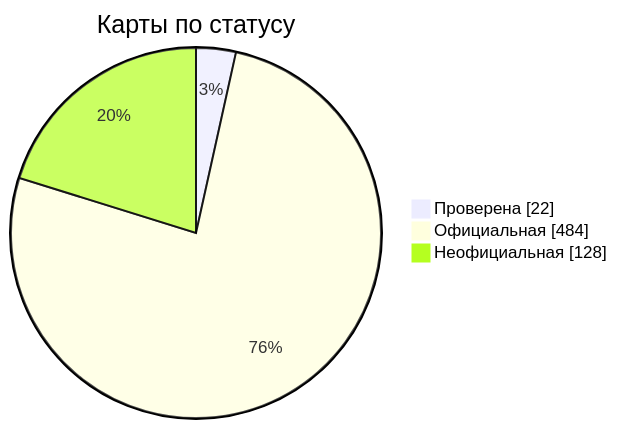
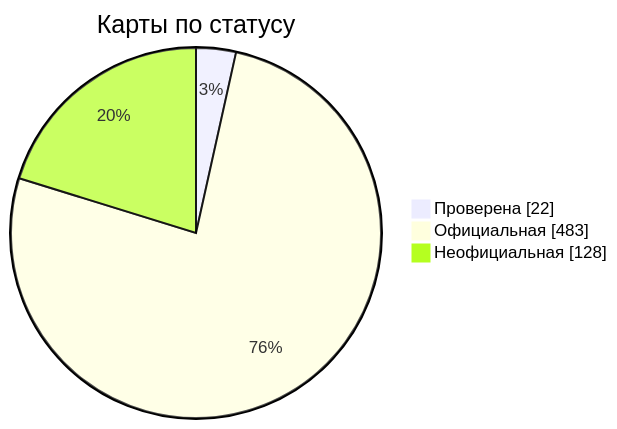
The diagram in docs/readme/README_RU.md (nobrega8/mbmap-library), drawn with Mermaid before and after one commit. The commit also changed 7 other files, not shown here.

````diff
--- a/docs/readme/README_RU.md
+++ b/docs/readme/README_RU.md
@@ -54,7 +54,7 @@
 ```mermaid
 pie showData
     title Карты по статусу
     "Проверена" : 22
-    "Официальная" : 484
+    "Официальная" : 483
     "Неофициальная" : 128
 ```
````
